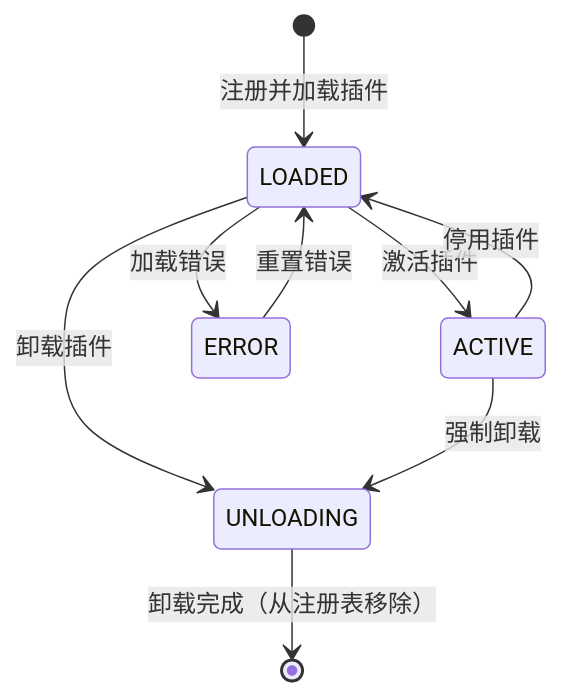
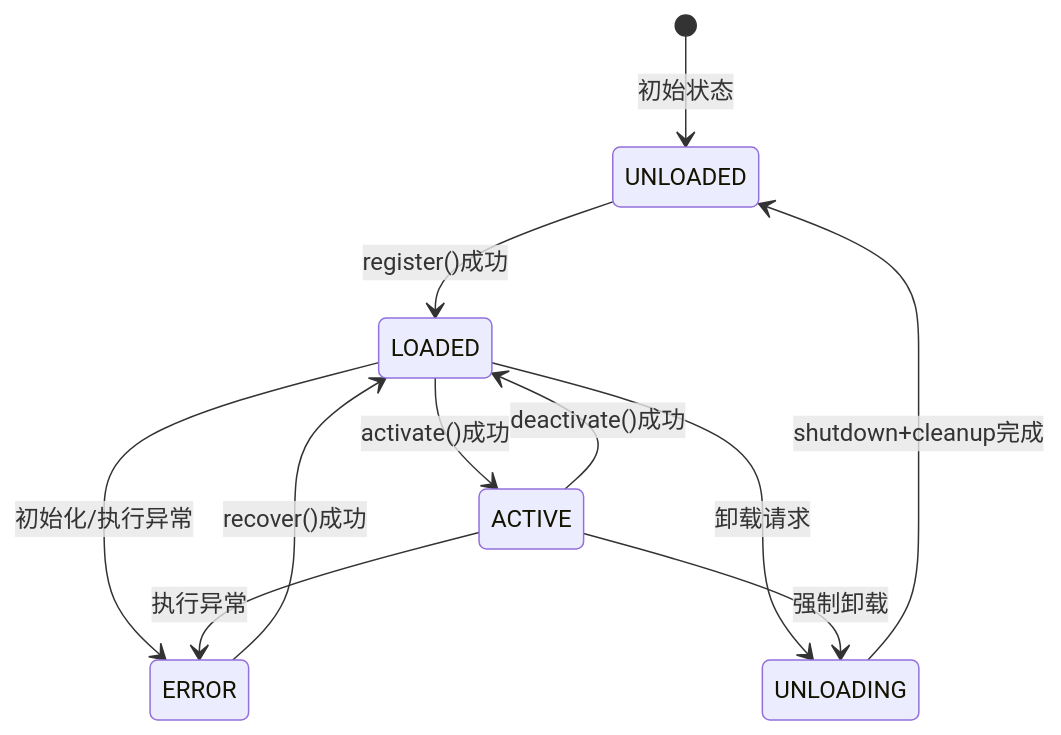
The third of 12 diagrams in 经验文档/1.2后端核心模块设计文档✅️.md (SuosuoA/novel-writing-assistant-agent-pro), drawn with Mermaid before and after one commit. The commit also changed other lines of this file and 738 other files, not shown here.

````diff
--- a/经验文档/1.2后端核心模块设计文档✅️.md
+++ b/经验文档/1.2后端核心模块设计文档✅️.md
@@ -286,11 +308,13 @@
 ```mermaid
 stateDiagram-v2
-    [*] --> LOADED: 注册并加载插件
-    LOADED --> ACTIVE: 激活插件
-    ACTIVE --> LOADED: 停用插件
-    LOADED --> ERROR: 加载错误
-    ERROR --> LOADED: 重置错误
-    LOADED --> UNLOADING: 卸载插件
+    [*] --> UNLOADED: 初始状态
+    UNLOADED --> LOADED: register()成功
+    LOADED --> ACTIVE: activate()成功
+    ACTIVE --> LOADED: deactivate()成功
+    LOADED --> ERROR: 初始化/执行异常
+    ACTIVE --> ERROR: 执行异常
+    ERROR --> LOADED: recover()成功
+    LOADED --> UNLOADING: 卸载请求
     ACTIVE --> UNLOADING: 强制卸载
-    UNLOADING --> [*]: 卸载完成（从注册表移除）
+    UNLOADING --> UNLOADED: shutdown+cleanup完成
 ```
````
